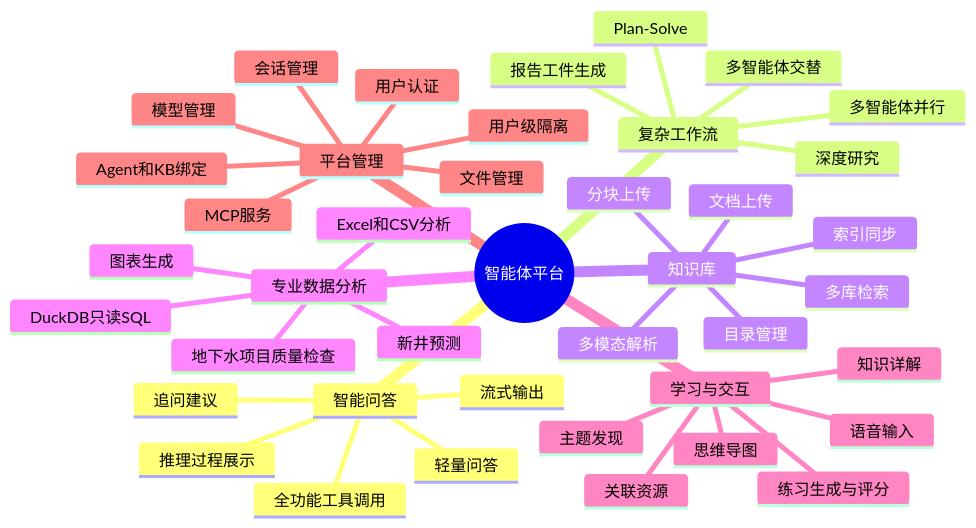
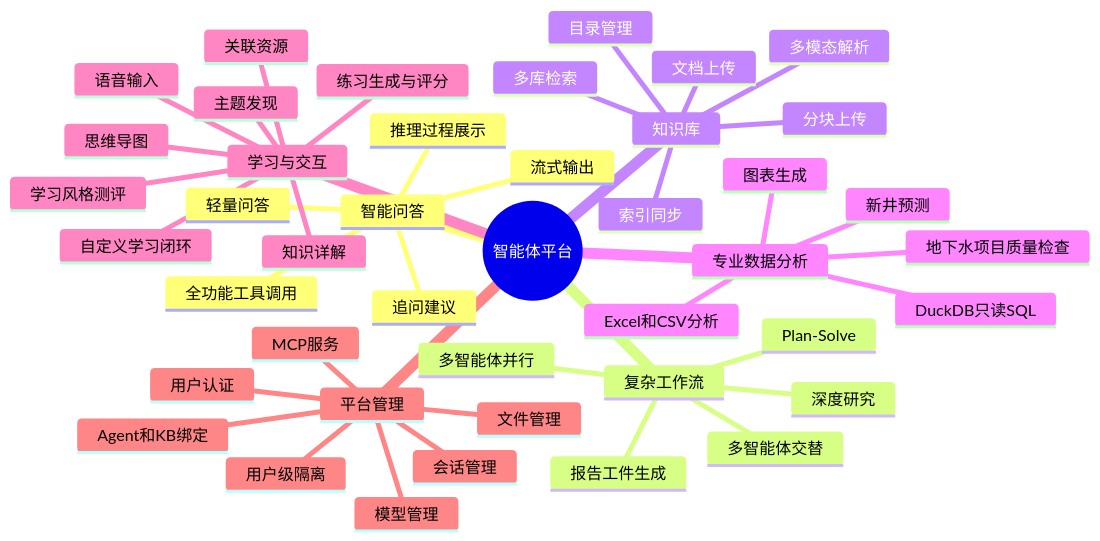
Before and after one commit to simpleqt/radai: the tenth of 11 diagrams in docs/项目介绍与系统架构.md, drawn with Mermaid. The commit also changed other lines of this file and 1822 other files, not shown here.

````diff
--- a/docs/项目介绍与系统架构.md
+++ b/docs/项目介绍与系统架构.md
@@ -620,44 +701,46 @@
 ```mermaid
 mindmap
   root((智能体平台))
     智能问答
       轻量问答
       全功能工具调用
       流式输出
       推理过程展示
       追问建议
     复杂工作流
       深度研究
       Plan-Solve
       多智能体并行
       多智能体交替
       报告工件生成
     知识库
       多库检索
       文档上传
       分块上传
       多模态解析
       目录管理
       索引同步
     专业数据分析
       Excel和CSV分析
       DuckDB只读SQL
       图表生成
       地下水项目质量检查
       新井预测
     学习与交互
       主题发现
       思维导图
       知识详解
       关联资源
       练习生成与评分
+      自定义学习闭环
+      学习风格测评
       语音输入
     平台管理
       用户认证
       模型管理
       Agent和KB绑定
       会话管理
       文件管理
       用户级隔离
       MCP服务
 ```
````
